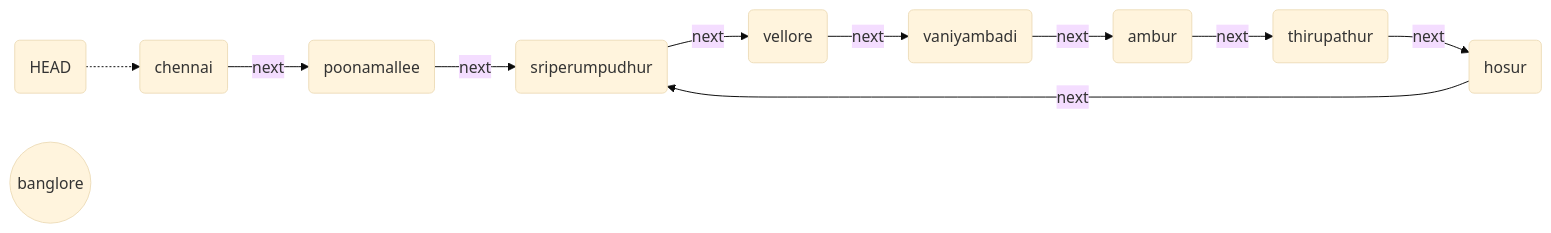
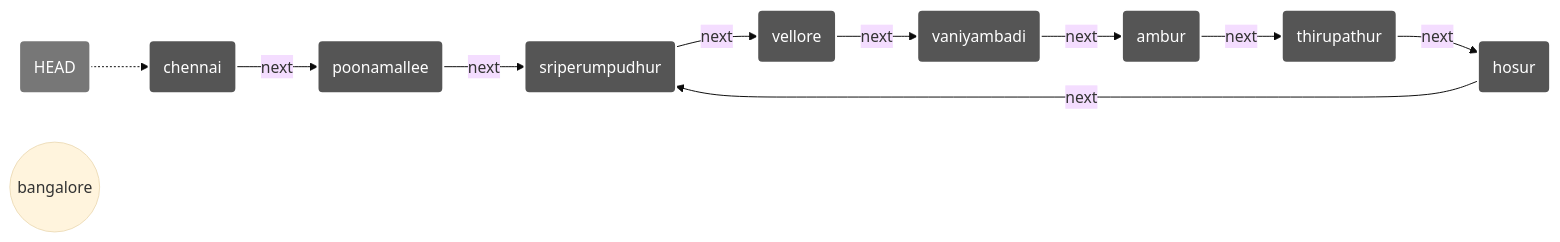
Before and after one commit to PugazharasanC/Problem-Solving-Session-Apr-10: the sixth of 6 diagrams in list.md, drawn with Mermaid (base theme). The commit also changed other lines of this file, not shown here.

````diff
--- a/list.md
+++ b/list.md
@@ -84,13 +165,23 @@
 ```mermaid
 graph LR
+    style head fill:#777777,stroke:#ffffff,stroke-width:2px,color:#ffffff
+    style node1 fill:#555555,stroke:#ffffff,stroke-width:2px,color:#ffffff
+    style node2 fill:#555555,stroke:#ffffff,stroke-width:2px,color:#ffffff
+    style node3 fill:#555555,stroke:#ffffff,stroke-width:2px,color:#ffffff
+    style node4 fill:#555555,stroke:#ffffff,stroke-width:2px,color:#ffffff
+    style node5 fill:#555555,stroke:#ffffff,stroke-width:2px,color:#ffffff
+    style node6 fill:#555555,stroke:#ffffff,stroke-width:2px,color:#ffffff
+    style node7 fill:#555555,stroke:#ffffff,stroke-width:2px,color:#ffffff
+    style node8 fill:#555555,stroke:#ffffff,stroke-width:2px,color:#ffffff
+
     head(HEAD) -.-> node1(chennai)
     node1 --next--> node2(poonamallee)
     node2 --next--> node3(sriperumpudhur)
     node3 --next--> node4(vellore)
     node4 --next--> node5(vaniyambadi)
     node5 --next--> node6(ambur)
     node6 --next--> node7(thirupathur)
     node7 --next--> node8(hosur)
     node8 --next--> node3
-    null((banglore))
+    node9((bangalore))
 ```
````
